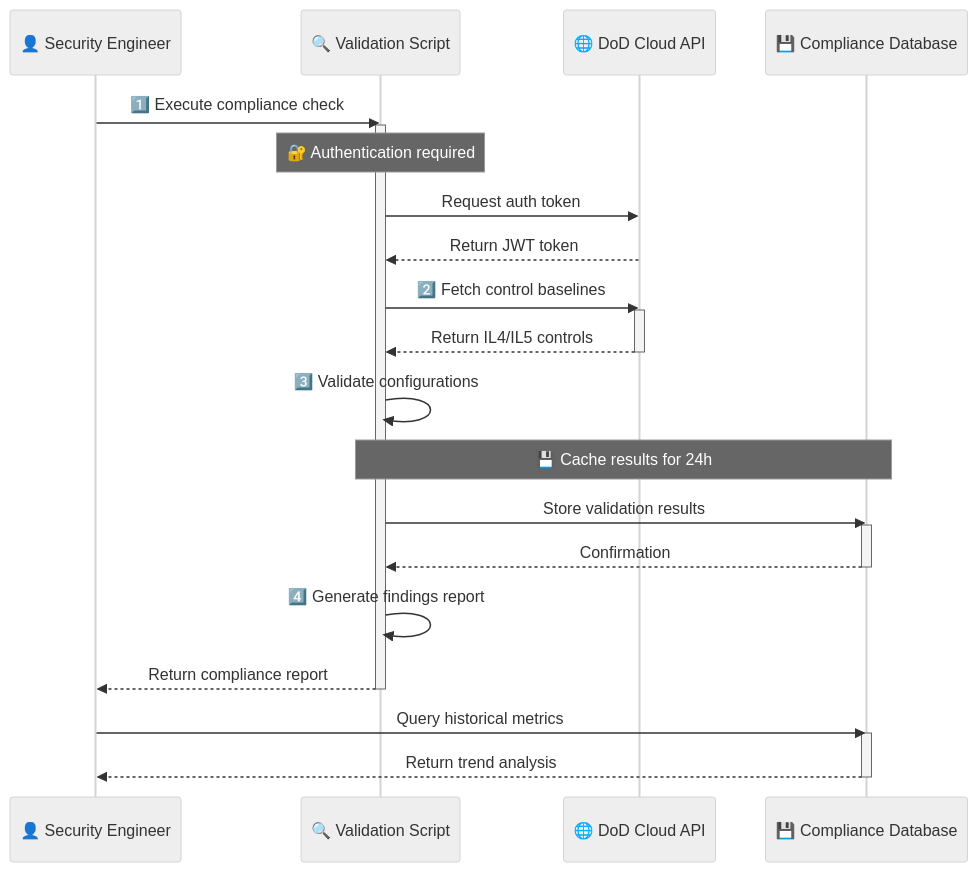
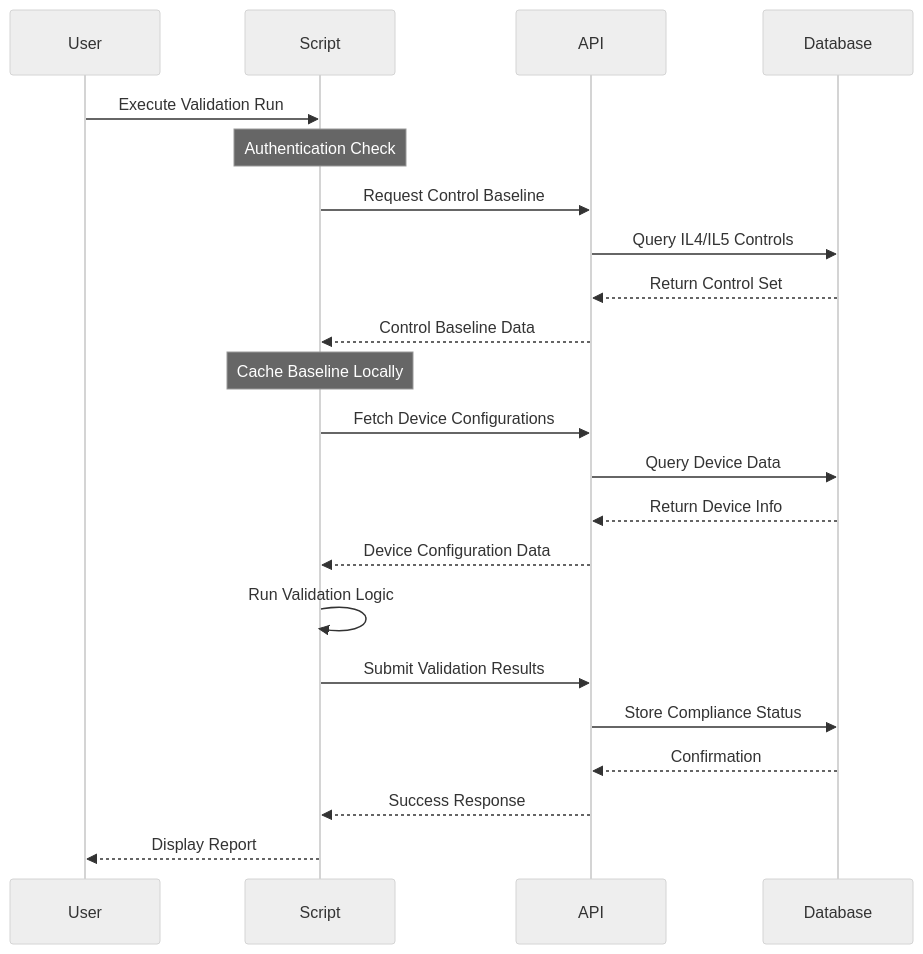
One commit to Suren-Jewels/Scripts-Toolkit changed the fourth of 4 diagrams in security-compliance/fedramp/README.md. Above: the diagram before and after it, drawn with Mermaid (neutral theme). The commit also changed other lines of this file, not shown here.

````diff
--- a/security-compliance/fedramp/README.md
+++ b/security-compliance/fedramp/README.md
@@ -193,36 +181,30 @@
 ```mermaid
 sequenceDiagram
-    participant User as 👤 Security Engineer
-    participant Script as 🔍 Validation Script
-    participant API as 🌐 DoD Cloud API
-    participant DB as 💾 Compliance Database
+    participant User
+    participant Script
+    participant API
+    participant Database
     
-    User->>Script: 1️⃣ Execute compliance check
-    activate Script
+    User->>Script: Execute Validation Run
+    Note over Script: Authentication Check
+    Script->>API: Request Control Baseline
+    API->>Database: Query IL4/IL5 Controls
+    Database-->>API: Return Control Set
+    API-->>Script: Control Baseline Data
     
-    Note over Script: 🔐 Authentication required
-    Script->>API: Request auth token
-    API-->>Script: Return JWT token
+    Note over Script: Cache Baseline Locally
     
-    Script->>API: 2️⃣ Fetch control baselines
-    activate API
-    API-->>Script: Return IL4/IL5 controls
-    deactivate API
+    Script->>API: Fetch Device Configurations
+    API->>Database: Query Device Data
+    Database-->>API: Return Device Info
+    API-->>Script: Device Configuration Data
     
-    Script->>Script: 3️⃣ Validate configurations
+    Script->>Script: Run Validation Logic
     
-    Note over Script,DB: 💾 Cache results for 24h
-    Script->>DB: Store validation results
-    activate DB
-    DB-->>Script: Confirmation
-    deactivate DB
+    Script->>API: Submit Validation Results
+    API->>Database: Store Compliance Status
+    Database-->>API: Confirmation
+    API-->>Script: Success Response
     
-    Script->>Script: 4️⃣ Generate findings report
-    Script-->>User: Return compliance report
-    deactivate Script
-    
-    User->>DB: Query historical metrics
-    activate DB
-    DB-->>User: Return trend analysis
-    deactivate DB
+    Script-->>User: Display Report
 ```
````
